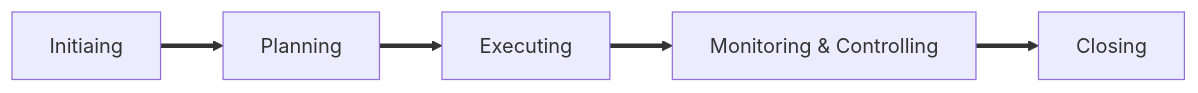
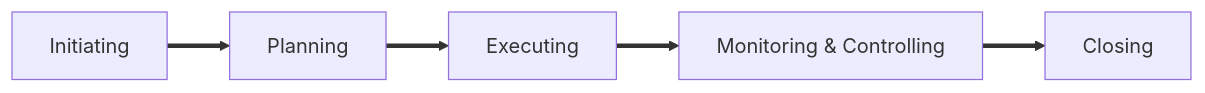
One commit to XinxinZheng5556775/UNSW changed the second of 2 diagrams in README.md. Above: the diagram before and after it, drawn with Mermaid. The commit also changed other lines of this file, not shown here.

````diff
--- a/README.md
+++ b/README.md
@@ -31,4 +31,4 @@
 ```mermaid
           graph LR
-          A0[Initiaing] ==> A1[Planning] ==> A2[Executing] ==> A3[Monitoring & Controlling] ==> A4[Closing]
+          A0[Initiating] ==> A1[Planning] ==> A2[Executing] ==> A3[Monitoring & Controlling] ==> A4[Closing]
 ```
````
